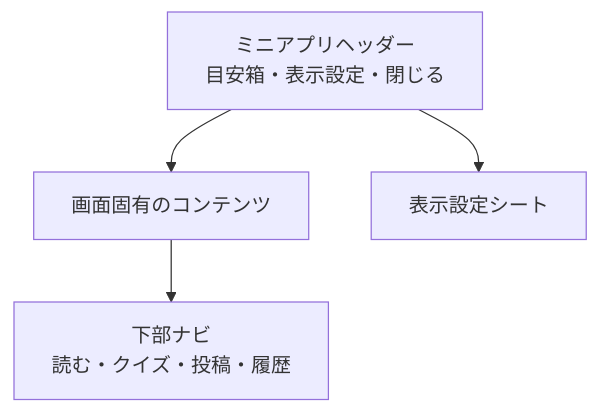
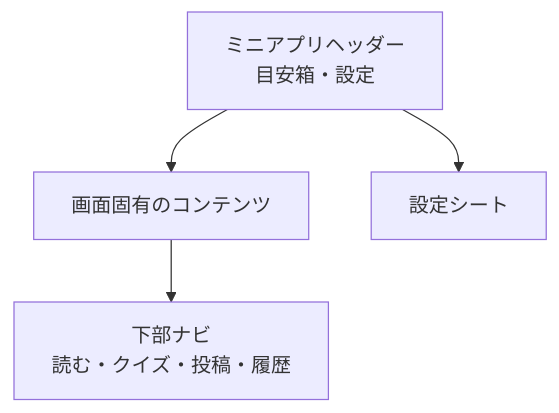
Before and after one commit to Digix00/58-Hackathon-202609: the diagram in docs/requirements/screens/shared-ui.md, drawn with Mermaid. The commit also changed other lines of this file and 10 other files, not shown here.

````diff
--- a/docs/requirements/screens/shared-ui.md
+++ b/docs/requirements/screens/shared-ui.md
@@ -7,11 +7,11 @@
 ```mermaid
 flowchart TB
-  Header["ミニアプリヘッダー<br/>目安箱・表示設定・閉じる"]
+  Header["ミニアプリヘッダー<br/>目安箱・設定"]
   Content["画面固有のコンテンツ"]
   BottomNav["下部ナビ<br/>読む・クイズ・投稿・履歴"]
-  Sheet["表示設定シート"]
+  Sheet["設定シート"]
 
   Header --> Content
   Header --> Sheet
   Content --> BottomNav
 ```
````
